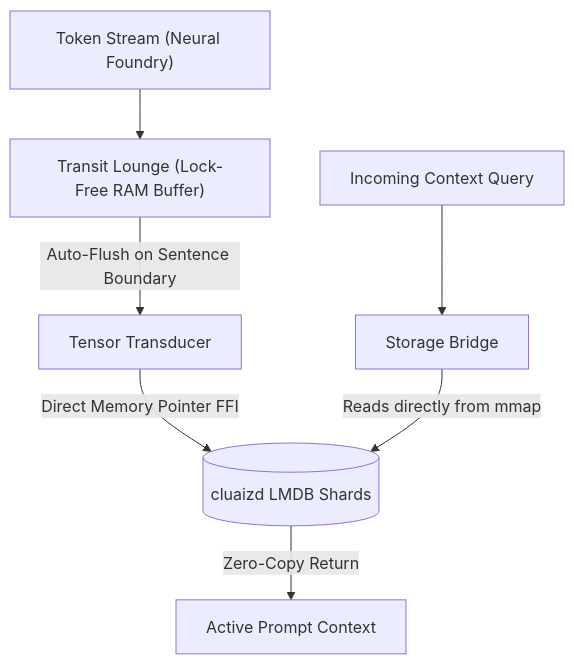
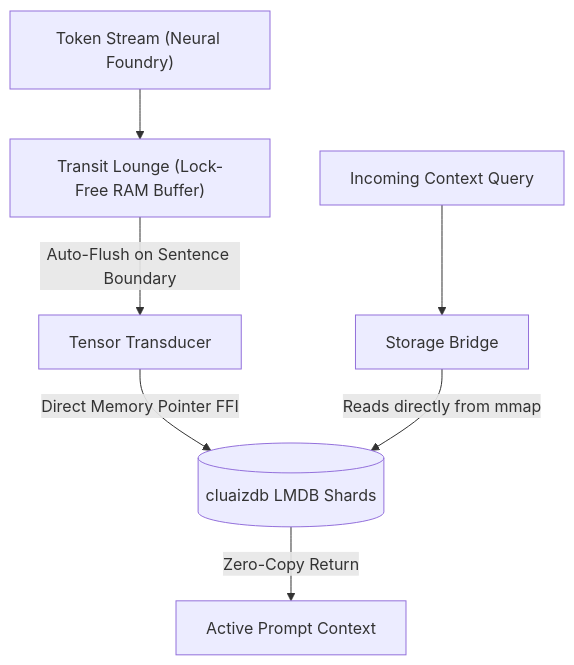
One commit to ayan-kushwaha/Cluaiz- changed the diagram in Inference-engine/engines/src/memory/README.md. Above: the diagram before and after it, drawn with Mermaid. The commit also changed other lines of this file and 441 other files, not shown here.

Commit message:
Refactor core orchestrator architecture and migrate FFI bindings to plugin system

````diff
--- a/Inference-engine/engines/src/memory/README.md
+++ b/Inference-engine/engines/src/memory/README.md
@@ -15,10 +15,10 @@
 ```mermaid
 graph TD
     Token["Token Stream (Neural Foundry)"] --> Transit["Transit Lounge (Lock-Free RAM Buffer)"]
     Transit -->|"Auto-Flush on Sentence Boundary"| Transducer["Tensor Transducer"]
-    Transducer -->|"Direct Memory Pointer FFI"| LMDB[("cluaizd LMDB Shards")]
+    Transducer -->|"Direct Memory Pointer FFI"| LMDB[("cluaizdb LMDB Shards")]
     
     Query["Incoming Context Query"] --> Bridge["Storage Bridge"]
     Bridge -->|"Reads directly from mmap"| LMDB
     LMDB -->|"Zero-Copy Return"| Context["Active Prompt Context"]
 ```
````
